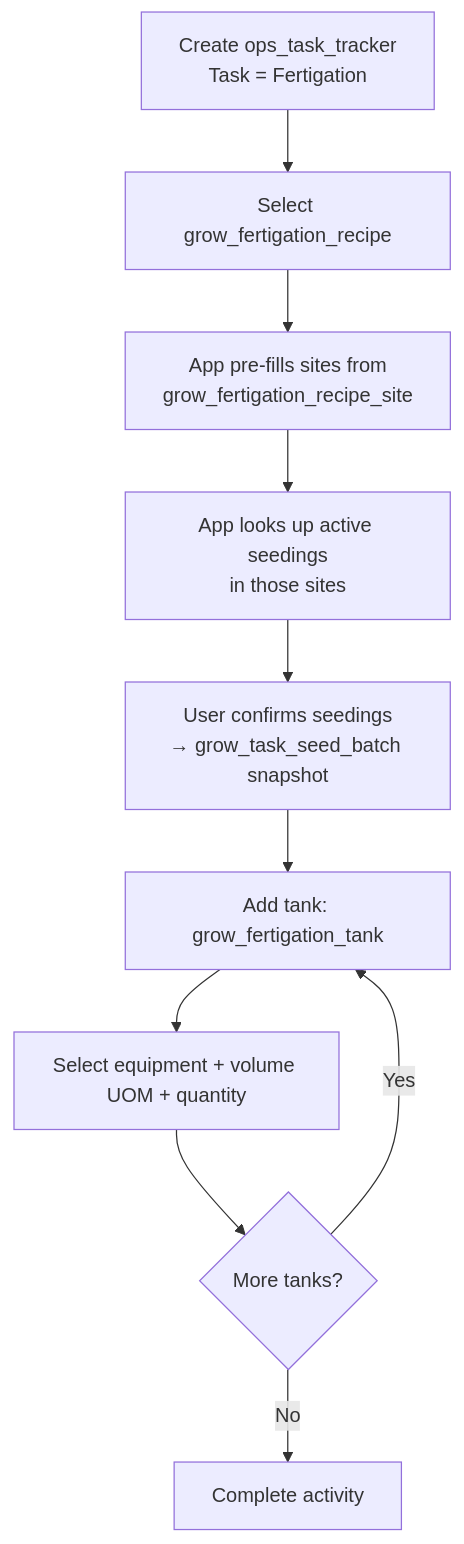
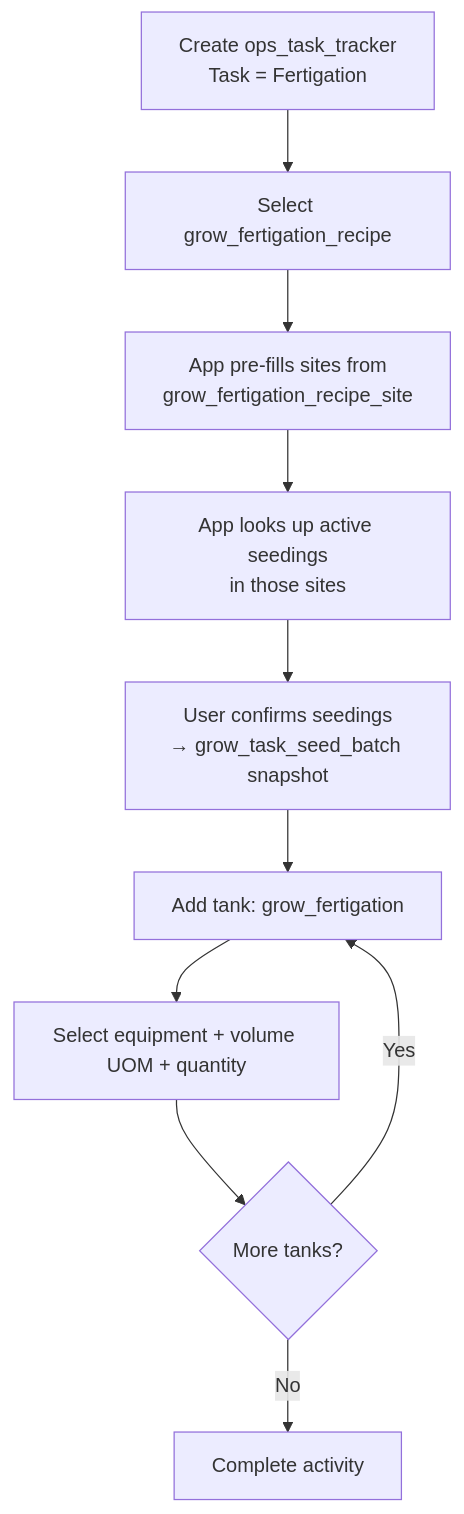
The diagram in docs/processes/20260324_07_grow_fertigation_workflow.md (Hawaii-Farming/aloha-app), drawn with Mermaid before and after one commit. The commit also changed other lines of this file and 10 other files, not shown here.

````diff
--- a/docs/processes/20260324_07_grow_fertigation_workflow.md
+++ b/docs/processes/20260324_07_grow_fertigation_workflow.md
@@ -94,12 +94,12 @@
 ```mermaid
 flowchart TD
     A[Create ops_task_tracker\nTask = Fertigation] --> B[Select grow_fertigation_recipe]
     B --> C[App pre-fills sites from\ngrow_fertigation_recipe_site]
     C --> D[App looks up active seedings\nin those sites]
     D --> E[User confirms seedings\n→ grow_task_seed_batch snapshot]
-    E --> F[Add tank: grow_fertigation_tank]
+    E --> F[Add tank: grow_fertigation]
     F --> F1[Select equipment + volume UOM + quantity]
     F1 --> F2{More tanks?}
     F2 -->|Yes| F
     F2 -->|No| G[Complete activity]
 ```
````
